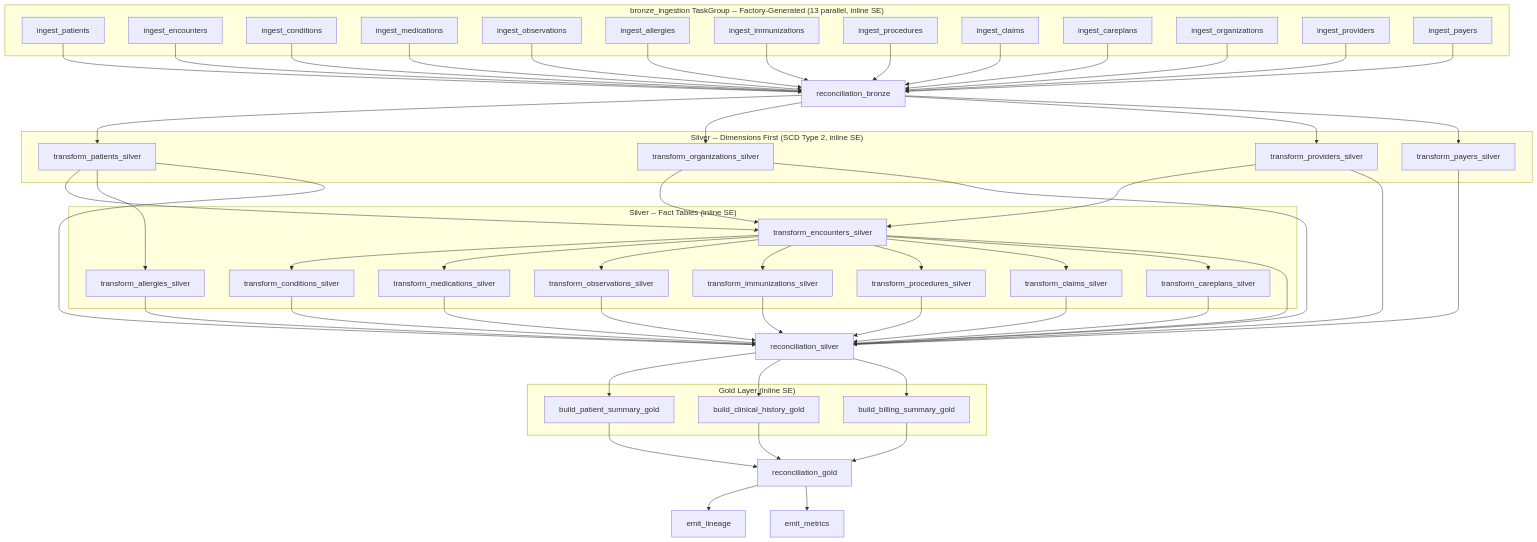
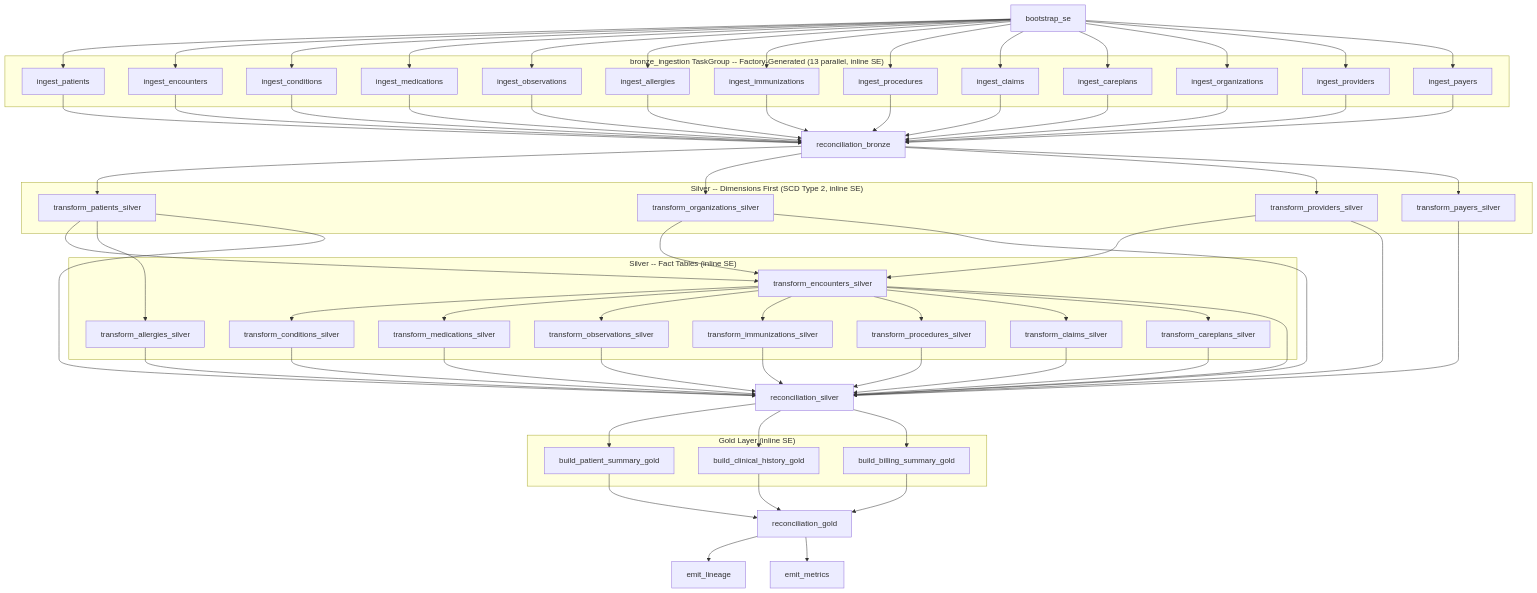
Before and after one commit to RDEWAI/Redefining-DataEngineering-With-AI: the diagram in chapter-4/outputs/lld/v1/dag/dag-pipeline.mmd, drawn with Mermaid. The commit also changed 185 other files, not shown here.

```diff
--- a/chapter-4/outputs/lld/v1/dag/dag-pipeline.mmd
+++ b/chapter-4/outputs/lld/v1/dag/dag-pipeline.mmd
@@ -1,59 +1,62 @@
 graph TD
+    BS[bootstrap_se]
+
     subgraph BronzeTG["bronze_ingestion TaskGroup -- Factory-Generated (13 parallel, inline SE)"]
         B01[ingest_patients]
         B02[ingest_encounters]
         B03[ingest_conditions]
         B04[ingest_medications]
         B05[ingest_observations]
         B06[ingest_allergies]
         B07[ingest_immunizations]
         B08[ingest_procedures]
         B09[ingest_claims]
         B10[ingest_careplans]
         B11[ingest_organizations]
         B12[ingest_providers]
         B13[ingest_payers]
     end
 
     RC1[reconciliation_bronze]
 
     subgraph SilverDims["Silver -- Dimensions First (SCD Type 2, inline SE)"]
         SD1[transform_patients_silver]
         SD2[transform_organizations_silver]
         SD3[transform_providers_silver]
         SD4[transform_payers_silver]
     end
 
     subgraph SilverFacts["Silver -- Fact Tables (inline SE)"]
         SF1[transform_encounters_silver]
         SF2[transform_conditions_silver]
         SF3[transform_medications_silver]
         SF4[transform_observations_silver]
         SF5[transform_allergies_silver]
         SF6[transform_immunizations_silver]
         SF7[transform_procedures_silver]
         SF8[transform_claims_silver]
         SF9[transform_careplans_silver]
     end
 
     RC2[reconciliation_silver]
 
     subgraph Gold["Gold Layer (inline SE)"]
         G1[build_patient_summary_gold]
         G2[build_clinical_history_gold]
         G3[build_billing_summary_gold]
     end
 
     RC3[reconciliation_gold]
     LIN[emit_lineage]
     MET[emit_metrics]
 
+    BS --> B01 & B02 & B03 & B04 & B05 & B06 & B07 & B08 & B09 & B10 & B11 & B12 & B13
     B01 & B02 & B03 & B04 & B05 & B06 & B07 & B08 & B09 & B10 & B11 & B12 & B13 --> RC1
     RC1 --> SD1 & SD2 & SD3 & SD4
     SD1 & SD2 & SD3 --> SF1
     SD1 --> SF5
     SF1 --> SF2 & SF3 & SF4 & SF6 & SF7 & SF8 & SF9
     SD1 & SD2 & SD3 & SD4 & SF1 & SF2 & SF3 & SF4 & SF5 & SF6 & SF7 & SF8 & SF9 --> RC2
     RC2 --> G1 & G2 & G3
     G1 & G2 & G3 --> RC3
     RC3 --> LIN & MET
```
